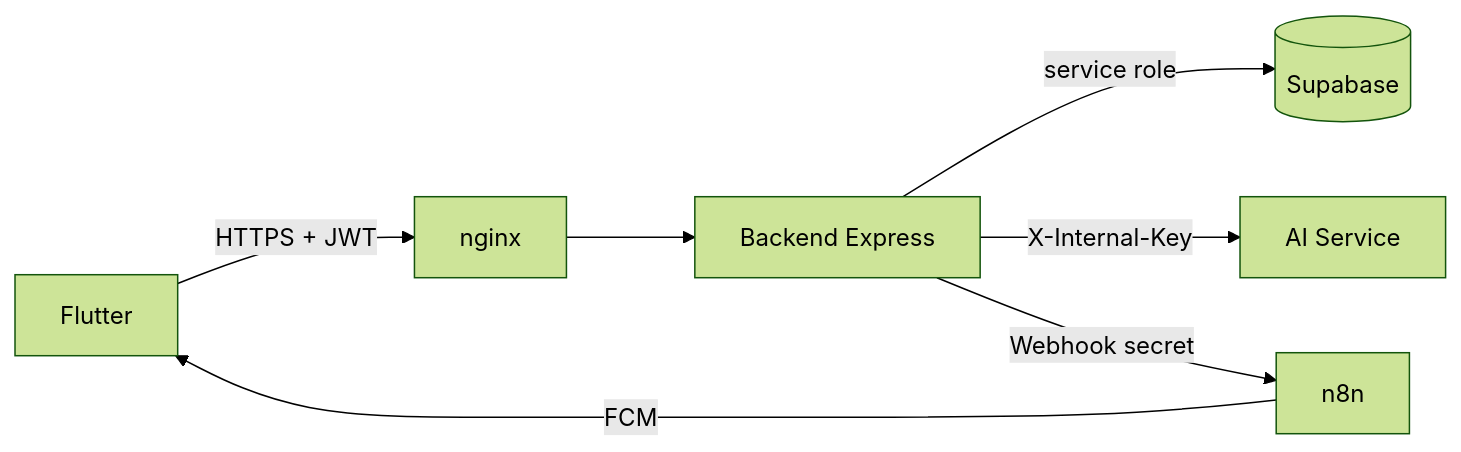
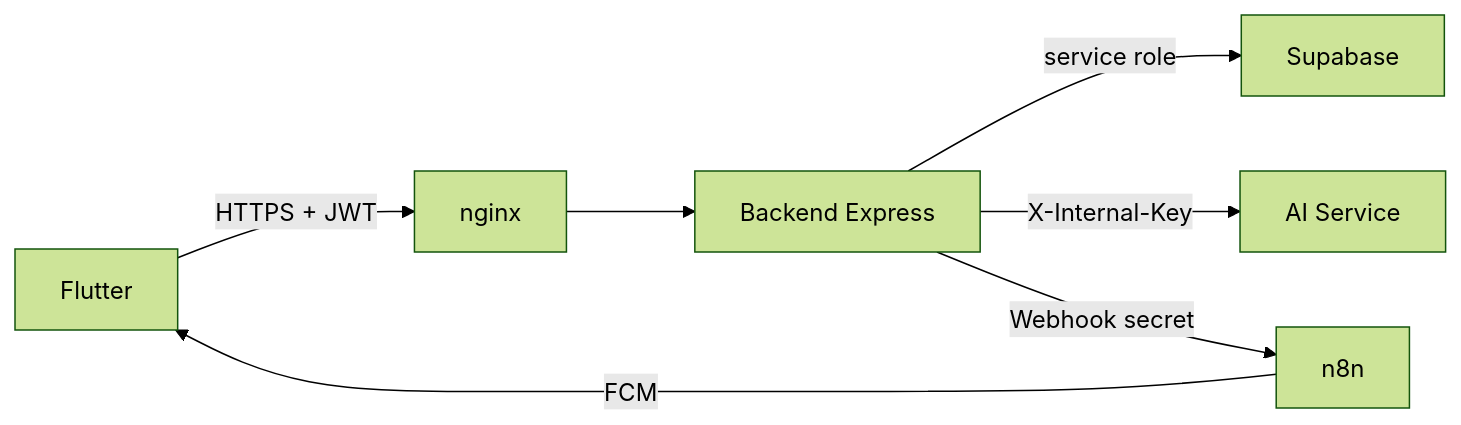
Before and after one commit to Ramon-Lop-Dev/Biomark-AI: the diagram in README.md, drawn with Mermaid (forest theme).

Commit message:
fix error readme

````diff
--- a/README.md
+++ b/README.md
@@ -18,9 +18,9 @@
 ```mermaid
 flowchart LR
   F[Flutter] -->|HTTPS + JWT| N[nginx]
   N --> B[Backend Express]
-  B -->|service role| S[(Supabase)]
+  B -->|service role| S[Supabase]
   B -->|X-Internal-Key| A[AI Service]
-  B -->|Webhook secret| W[n8n]
-  W -->|FCM| F
+  B -->|Webhook secret| Wn[n8n]
+  Wn -->|FCM| F
 ```
````
